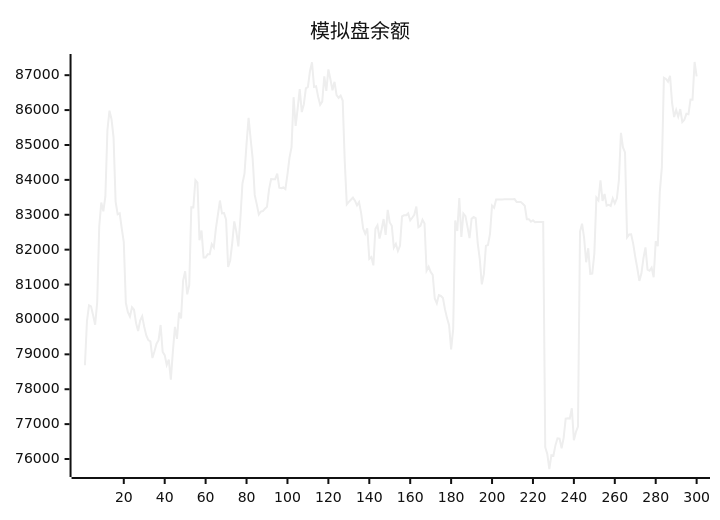
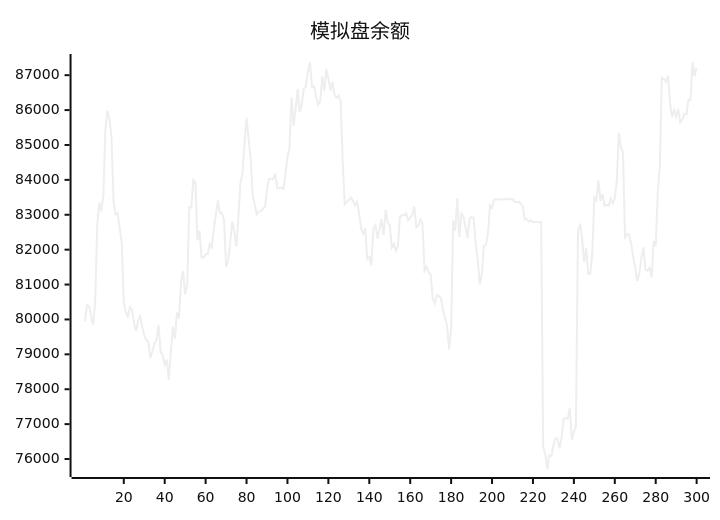
Before and after one commit to aahl/ai-trading: the diagram in README.md, drawn with Mermaid (neutral theme). The commit also changed other lines of this file and 1 other file, not shown here.

````diff
--- a/README.md
+++ b/README.md
@@ -5,5 +5,5 @@
 ```mermaid
 xychart
     title "模拟盘余额"
-    line [78686,79954,80403,80374,80118,79848,80491,82665,83351,83098,83525,85430,85983,85737,85221,83378,83014,83043,82613,82216,80477,80208,80081,80348,80277,79894,79670,79965,80093,79786,79542,79406,79371,78893,79087,79304,79406,79841,79072,78978,78696,78846,78272,79085,79787,79442,80198,80031,81120,81379,80718,80985,83214,83212,83993,83921,82270,82547,81776,81776,81866,81866,82158,82061,82596,83000,83408,83041,83050,82858,81503,81691,82188,82812,82517,82092,82901,83898,84180,85030,85781,85178,84604,83569,83298,83008,83093,83107,83175,83228,83729,84025,84017,84019,84177,83775,83762,83785,83738,84160,84639,84939,86370,85548,86046,86599,85942,86161,86622,86664,87115,87369,86666,86685,86384,86152,86243,86969,86548,87164,86885,86566,86809,86427,86348,86417,86273,84538,83299,83369,83430,83490,83404,83270,83362,83056,82605,82459,82614,81734,81788,81551,82598,82702,82320,82580,82878,82426,83139,82778,82686,82056,82166,81963,82110,82951,82983,82984,83038,82838,82915,82998,83235,82642,82682,82858,82746,81396,81512,81362,81277,80600,80461,80699,80673,80616,80288,80038,79836,79142,79722,82837,82533,83480,82366,83032,82960,82654,82330,82883,82934,82901,82188,81728,81005,81298,82110,82135,82449,83264,83203,83440,83439,83440,83440,83446,83447,83448,83447,83448,83449,83369,83369,83369,83313,83256,82872,82873,82801,82844,82785,82791,82791,82793,82794,76339,76145,75714,76110,76096,76397,76594,76585,76310,76607,77160,77170,77160,77456,76541,76774,76927,82520,82744,82337,81639,82040,81307,81314,81887,83490,83414,83984,83396,83594,83261,83287,83253,83470,83327,83465,83987,85348,84930,84786,82355,82433,82438,82167,81795,81466,81105,81315,81756,82064,81426,81398,81481,81210,82242,82099,83658,84359,86925,86892,86814,86980,86203,85802,86003,85811,86028,85657,85721,85896,85880,86300,86299,87378,86965]
+    line [79954,80403,80374,80118,79848,80491,82665,83351,83098,83525,85430,85983,85737,85221,83378,83014,83043,82613,82216,80477,80208,80081,80348,80277,79894,79670,79965,80093,79786,79542,79406,79371,78893,79087,79304,79406,79841,79072,78978,78696,78846,78272,79085,79787,79442,80198,80031,81120,81379,80718,80985,83214,83212,83993,83921,82270,82547,81776,81776,81866,81866,82158,82061,82596,83000,83408,83041,83050,82858,81503,81691,82188,82812,82517,82092,82901,83898,84180,85030,85781,85178,84604,83569,83298,83008,83093,83107,83175,83228,83729,84025,84017,84019,84177,83775,83762,83785,83738,84160,84639,84939,86370,85548,86046,86599,85942,86161,86622,86664,87115,87369,86666,86685,86384,86152,86243,86969,86548,87164,86885,86566,86809,86427,86348,86417,86273,84538,83299,83369,83430,83490,83404,83270,83362,83056,82605,82459,82614,81734,81788,81551,82598,82702,82320,82580,82878,82426,83139,82778,82686,82056,82166,81963,82110,82951,82983,82984,83038,82838,82915,82998,83235,82642,82682,82858,82746,81396,81512,81362,81277,80600,80461,80699,80673,80616,80288,80038,79836,79142,79722,82837,82533,83480,82366,83032,82960,82654,82330,82883,82934,82901,82188,81728,81005,81298,82110,82135,82449,83264,83203,83440,83439,83440,83440,83446,83447,83448,83447,83448,83449,83369,83369,83369,83313,83256,82872,82873,82801,82844,82785,82791,82791,82793,82794,76339,76145,75714,76110,76096,76397,76594,76585,76310,76607,77160,77170,77160,77456,76541,76774,76927,82520,82744,82337,81639,82040,81307,81314,81887,83490,83414,83984,83396,83594,83261,83287,83253,83470,83327,83465,83987,85348,84930,84786,82355,82433,82438,82167,81795,81466,81105,81315,81756,82064,81426,81398,81481,81210,82242,82099,83658,84359,86925,86892,86814,86980,86203,85802,86003,85811,86028,85657,85721,85896,85880,86300,86299,87378,86965,87214]
 ```
````
